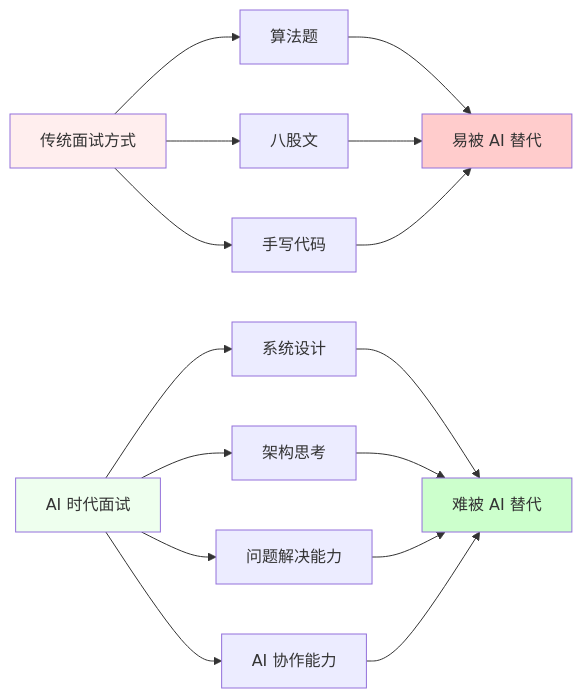
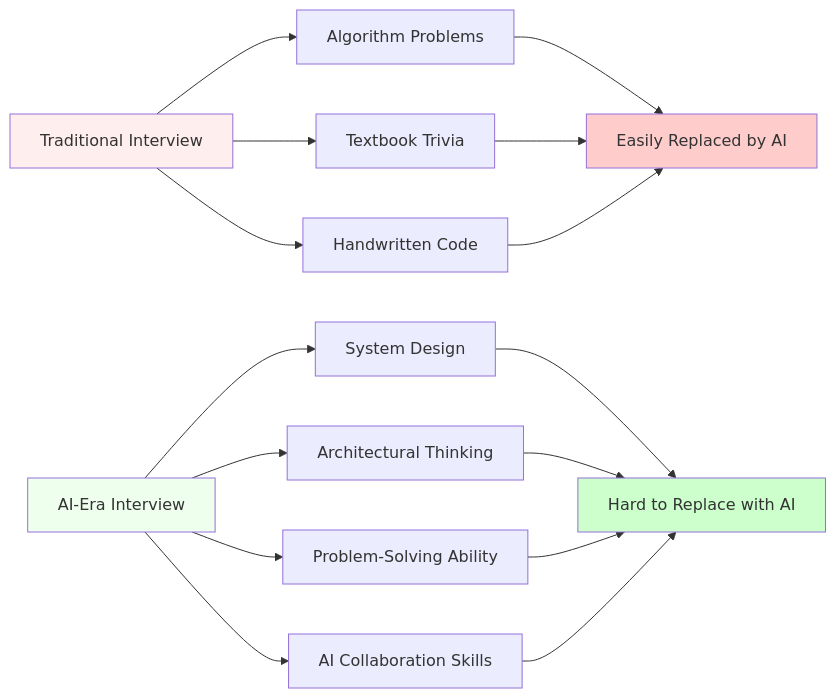
The second of 3 diagrams in _posts/2025-09-05-programmer-core-skills-in-ai-era-en.md (woodywang/woodywang.github.io), drawn with Mermaid before and after one commit. The commit also changed other lines of this file and 5 other files, not shown here.

First line of the commit message:
fix: translate Chinese text in mermaid diagrams across all English posts

````diff
--- a/_posts/2025-09-05-programmer-core-skills-in-ai-era-en.md
+++ b/_posts/2025-09-05-programmer-core-skills-in-ai-era-en.md
@@ -58,25 +58,25 @@
 ```mermaid
 graph LR
-    A[传统面试方式] --> B[算法题]
-    A --> C[八股文]
-    A --> D[手写代码]
+    A[Traditional Interview] --> B[Algorithm Problems]
+    A --> C[Textbook Trivia]
+    A --> D[Handwritten Code]
 
-    E[AI 时代面试] --> F[系统设计]
-    E --> G[架构思考]
-    E --> H[问题解决能力]
-    E --> I[AI 协作能力]
+    E[AI-Era Interview] --> F[System Design]
+    E --> G[Architectural Thinking]
+    E --> H[Problem-Solving Ability]
+    E --> I[AI Collaboration Skills]
 
-    B --> J[易被 AI 替代]
+    B --> J[Easily Replaced by AI]
     C --> J
     D --> J
 
-    F --> K[难被 AI 替代]
+    F --> K[Hard to Replace with AI]
     G --> K
     H --> K
     I --> K
 
     style A fill:#ffeeee
     style E fill:#eeffee
     style J fill:#ffcccc
     style K fill:#ccffcc
 ```
````
